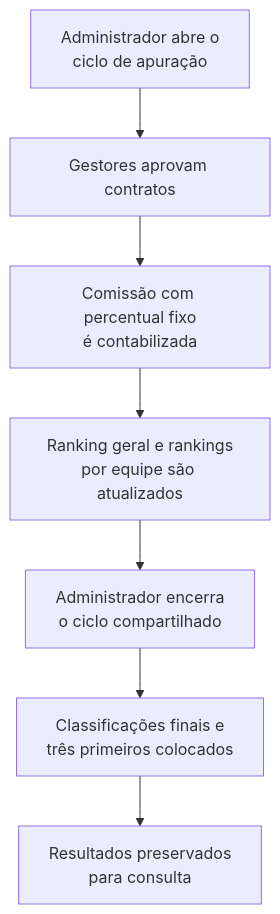
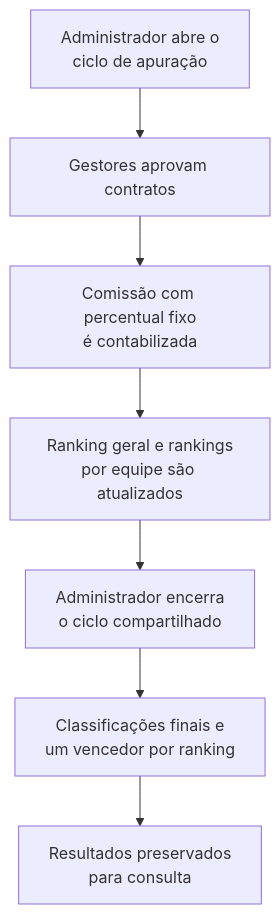
The third of 3 diagrams in Docs/01-Empresa/caracterização_da_DMcom.md (KauanRodolfo/Pim-2-ADS), drawn with Mermaid before and after one commit. The commit also changed other lines of this file, not shown here.

````diff
--- a/Docs/01-Empresa/caracterização_da_DMcom.md
+++ b/Docs/01-Empresa/caracterização_da_DMcom.md
@@ -96,9 +93,9 @@
 ```mermaid
 flowchart TD
     A["Administrador abre o<br/>ciclo de apuração"] --> B["Gestores aprovam contratos"]
     B --> C["Comissão com percentual fixo<br/>é contabilizada"]
     C --> D["Ranking geral e rankings<br/>por equipe são atualizados"]
     D --> E["Administrador encerra<br/>o ciclo compartilhado"]
-    E --> F["Classificações finais e<br/>três primeiros colocados"]
+    E --> F["Classificações finais e<br/>um vencedor por ranking"]
     F --> G["Resultados preservados<br/>para consulta"]
 ```
````
